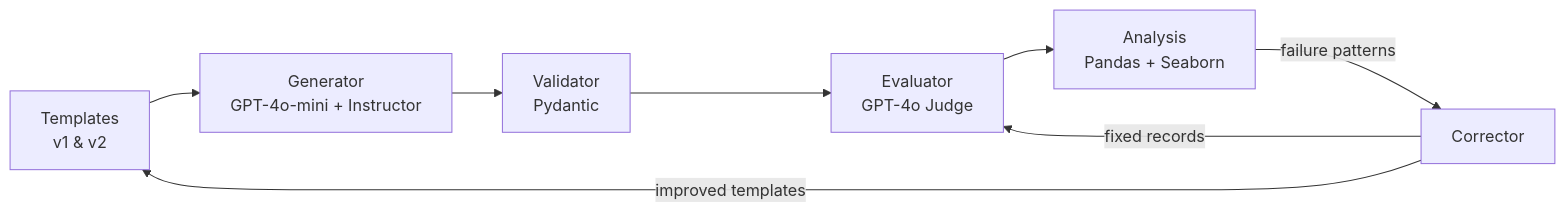
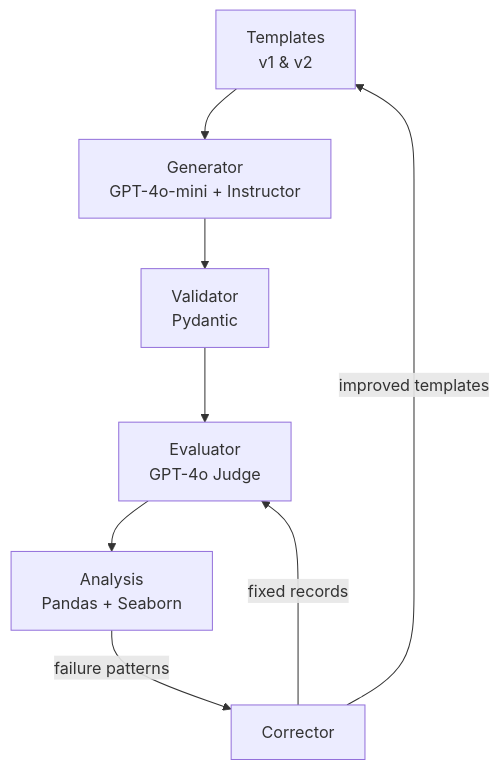
One commit to rubsj/ai-synthetic-data-generator changed the diagram in README.md. Above: the diagram before and after it, drawn with Mermaid.

Commit message:
docs: change mermaid diagram from horizontal to vertical layout

````diff
--- a/README.md
+++ b/README.md
@@ -49,10 +49,10 @@
 ```mermaid
-flowchart LR
+flowchart TD
     T[Templates<br/>v1 & v2] --> G[Generator<br/>GPT-4o-mini + Instructor]
     G --> V[Validator<br/>Pydantic]
     V --> E[Evaluator<br/>GPT-4o Judge]
     E --> A[Analysis<br/>Pandas + Seaborn]
     A -->|failure patterns| C[Corrector]
     C -->|improved templates| T
     C -->|fixed records| E
 ```
````
